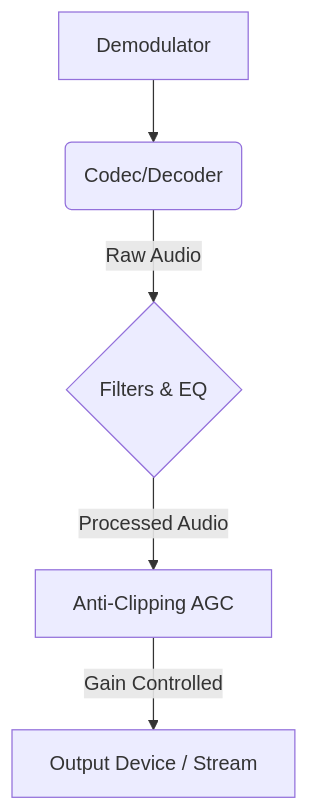
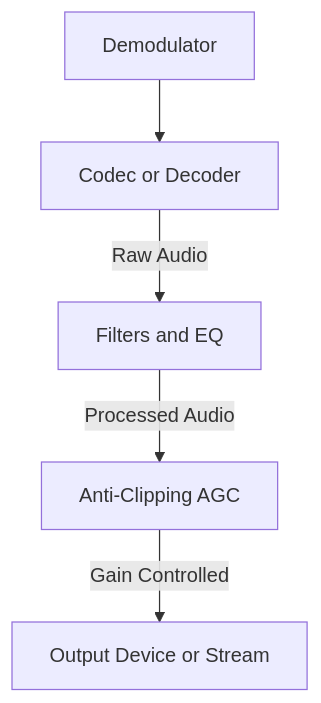
One commit to snepple/SDRTrunk_Kennebec changed the diagram in src/main/resources/docs/audio-quality-&-tuning.md. Above: the diagram before and after it, drawn with Mermaid. The commit also changed 6 other files, not shown here.

First line of the commit message:
Fix Mermaid syntax error in Audio Quality & Tuning guide

````diff
--- a/src/main/resources/docs/audio-quality-&-tuning.md
+++ b/src/main/resources/docs/audio-quality-&-tuning.md
@@ -9,7 +9,7 @@
 ```mermaid
 flowchart TD
-    A[Demodulator] --> B(Codec/Decoder)
-    B -->|Raw Audio| C{Filters & EQ}
+    A[Demodulator] --> B[Codec or Decoder]
+    B -->|Raw Audio| C[Filters and EQ]
     C -->|Processed Audio| D[Anti-Clipping AGC]
-    D -->|Gain Controlled| E[Output Device / Stream]
+    D -->|Gain Controlled| E[Output Device or Stream]
 ```
````
